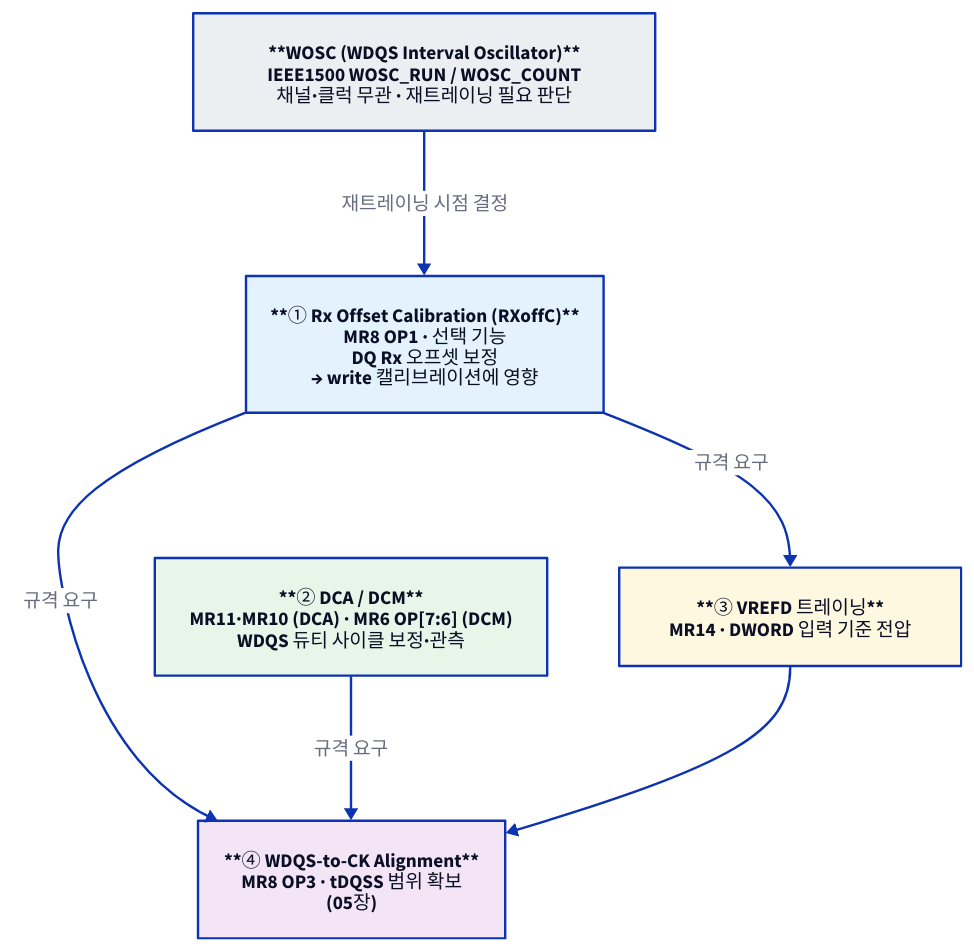
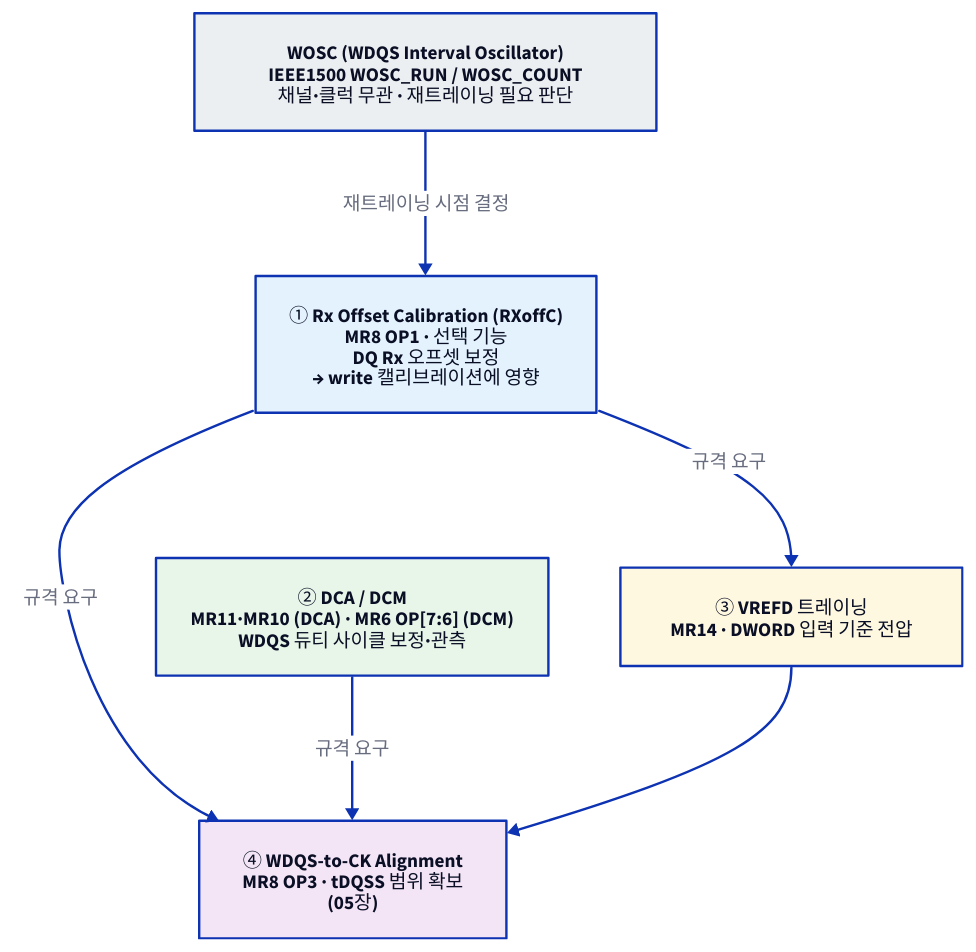
Before and after one commit to humbleowl39/DV_SKOOL: the diagram in starlight_site/src/content/docs/hbm4_jedec_dd/11_training_ieee1500.md, drawn with D2. The commit also changed 714 other files, not shown here.

First line of the commit message:
fix(site): d2 다이어그램 가독성 결함 6종 일괄 수정

````diff
--- a/starlight_site/src/content/docs/hbm4_jedec_dd/11_training_ieee1500.md
+++ b/starlight_site/src/content/docs/hbm4_jedec_dd/11_training_ieee1500.md
@@ -32,25 +32,25 @@
 ```d2
 direction: down
 
-RX: "**① Rx Offset Calibration (RXoffC)**\nMR8 OP1 · 선택 기능\nDQ Rx 오프셋 보정\n→ write 캘리브레이션에 영향" {
+RX: "① Rx Offset Calibration (RXoffC)\nMR8 OP1 · 선택 기능\nDQ Rx 오프셋 보정\n→ write 캘리브레이션에 영향" {
   style.fill: "#e3f2fd"; style.font-color: "#0A0F25"
 }
-DCA: "**② DCA / DCM**\nMR11·MR10 (DCA) · MR6 OP[7:6] (DCM)\nWDQS 듀티 사이클 보정·관측" {
+DCA: "② DCA / DCM\nMR11·MR10 (DCA) · MR6 OP[7:6] (DCM)\nWDQS 듀티 사이클 보정·관측" {
   style.fill: "#e8f5e9"; style.font-color: "#0A0F25"
 }
-VREF: "**③ VREFD 트레이닝**\nMR14 · DWORD 입력 기준 전압" {
+VREF: "③ VREFD 트레이닝\nMR14 · DWORD 입력 기준 전압" {
   style.fill: "#fff8e1"; style.font-color: "#0A0F25"
 }
-W2C: "**④ WDQS-to-CK Alignment**\nMR8 OP3 · tDQSS 범위 확보\n(05장)" {
+W2C: "④ WDQS-to-CK Alignment\nMR8 OP3 · tDQSS 범위 확보\n(05장)" {
   style.fill: "#f3e5f5"; style.font-color: "#0A0F25"
 }
-WOSC: "**WOSC (WDQS Interval Oscillator)**\nIEEE1500 WOSC_RUN / WOSC_COUNT\n채널·클럭 무관 · 재트레이닝 필요 판단" {
+WOSC: "WOSC (WDQS Interval Oscillator)\nIEEE1500 WOSC_RUN / WOSC_COUNT\n채널·클럭 무관 · 재트레이닝 필요 판단" {
   style.fill: "#eceff1"; style.font-color: "#0A0F25"
 }
 
 RX -> VREF: "규격 요구"
 RX -> W2C: "규격 요구"
 DCA -> W2C: "규격 요구"
 VREF -> W2C
 WOSC -> RX: "재트레이닝 시점 결정"
 ```
````
